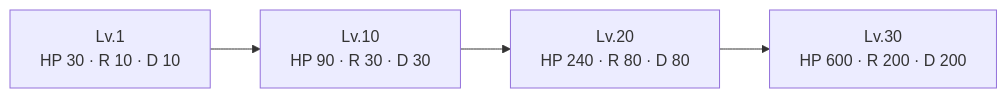
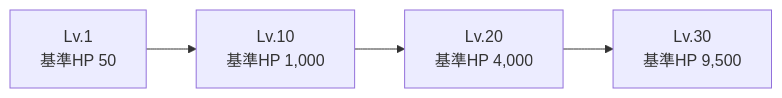
Before and after one commit to maaasu/AstralRecord-Workspace: the first of 3 diagrams in 00_docs/60_戦闘バランス設計書/02-成長曲線.md, drawn with Mermaid. The commit also changed other lines of this file and 1 other file, not shown here.

````diff
--- a/00_docs/60_戦闘バランス設計書/02-成長曲線.md
+++ b/00_docs/60_戦闘バランス設計書/02-成長曲線.md
@@ -47,6 +47,6 @@
 ```mermaid
 flowchart LR
-    L1["Lv.1<br/>HP 30 · R 10 · D 10"] --> L10["Lv.10<br/>HP 90 · R 30 · D 30"]
-    L10 --> L20["Lv.20<br/>HP 240 · R 80 · D 80"]
-    L20 --> L30["Lv.30<br/>HP 600 · R 200 · D 200"]
+    L1["Lv.1<br/>基準HP 50"] --> L10["Lv.10<br/>基準HP 1,000"]
+    L10 --> L20["Lv.20<br/>基準HP 4,000"]
+    L20 --> L30["Lv.30<br/>基準HP 9,500"]
 ```
````
